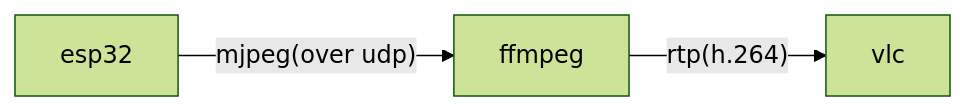
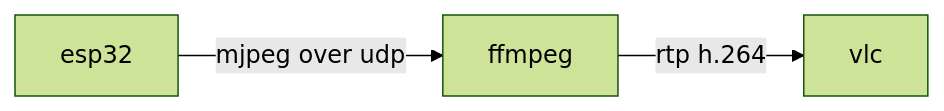
One commit to DBinK/espressif-demo changed the diagram in ffmpeg/udp/readme.md. Above: the diagram before and after it, drawn with Mermaid (forest theme).

````diff
--- a/ffmpeg/udp/readme.md
+++ b/ffmpeg/udp/readme.md
@@ -2,8 +2,8 @@
 ```mermaid
 graph LR
 esp32[esp32]
 ffmpeg[ffmpeg]
 vlc[vlc]
-esp32 --mjpeg(over udp)--> ffmpeg 
-ffmpeg--rtp(h.264)--> vlc
+esp32 -->|"mjpeg over udp"|ffmpeg 
+ffmpeg-->|"rtp h.264"|vlc
 ```
````
